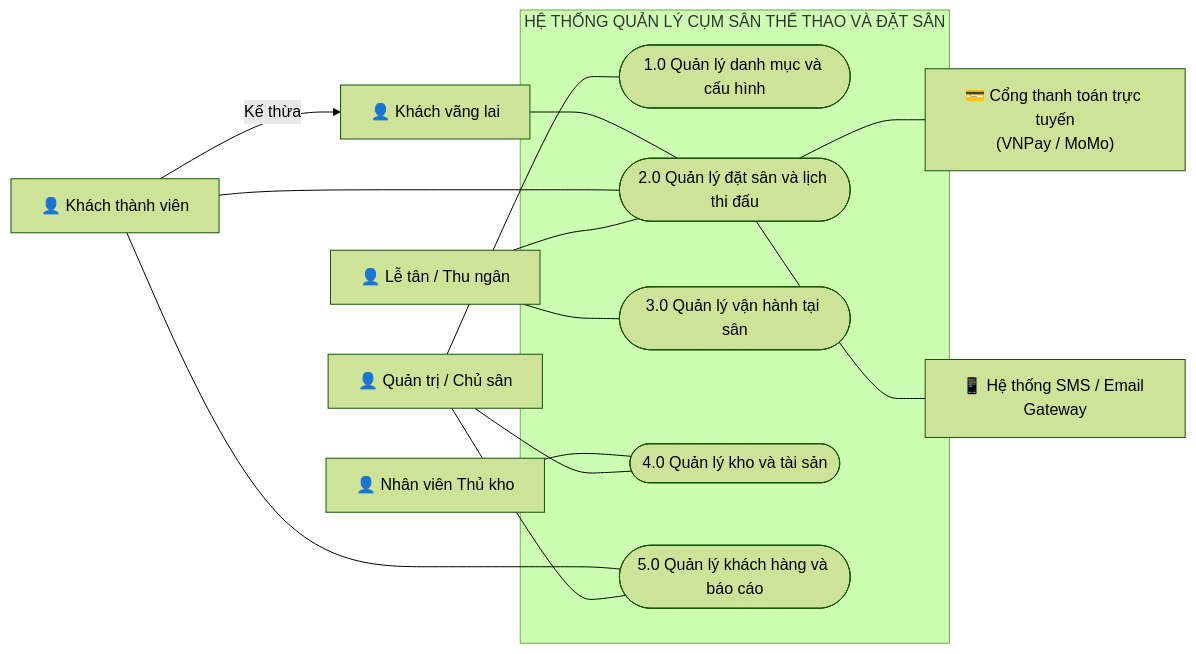
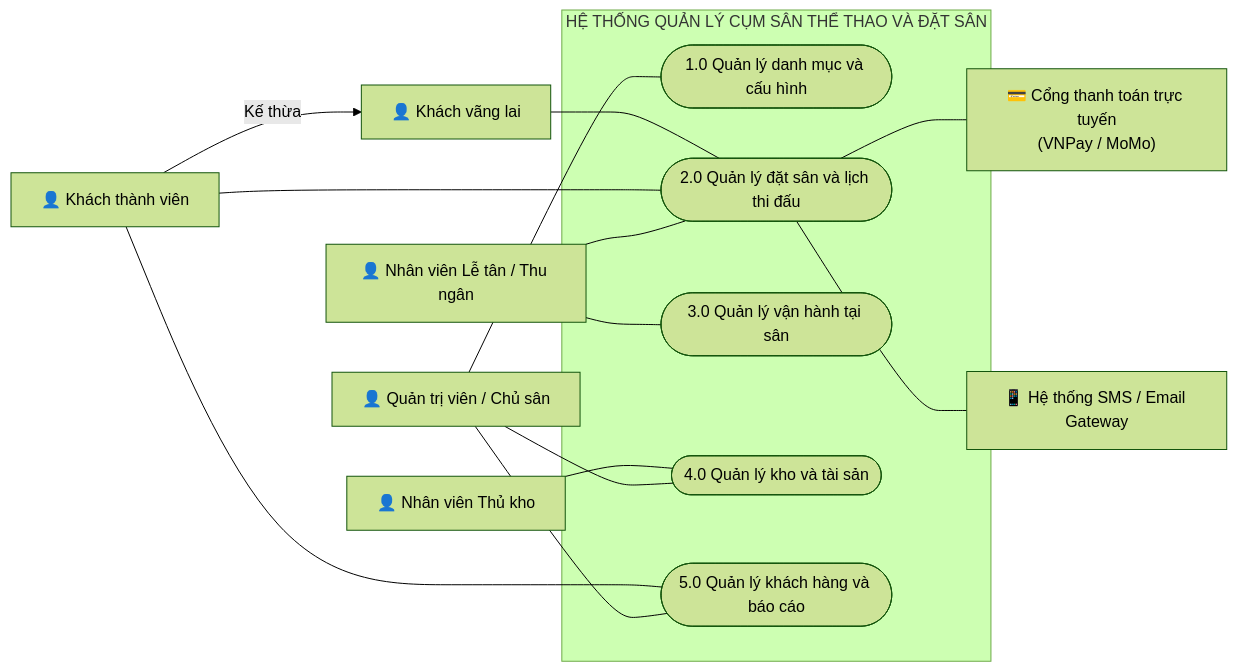
The second of 7 diagrams in BTH/BTH3_UsecaseDiagram/BTH3_UsecaseDiagram.md (nphat-code/DoAn-OOAD-SGU), drawn with Mermaid (forest theme) before and after one commit. The commit also changed other lines of this file and 1 other file, not shown here.

Commit message:
fix(bth3): dong bo thong nhat Nhan vien Le tan / Thu ngan (Receptionist / Cashier) tren Drawio va Markdown

````diff
--- a/BTH/BTH3_UsecaseDiagram/BTH3_UsecaseDiagram.md
+++ b/BTH/BTH3_UsecaseDiagram/BTH3_UsecaseDiagram.md
@@ -49,43 +49,43 @@
 ```mermaid
 flowchart LR
     %% Actors
     ActorGuest["👤 Khách vãng lai"]
     ActorCustomer["👤 Khách thành viên"]
-    ActorStaff["👤 Lễ tân / Thu ngân"]
+    ActorStaff["👤 Nhân viên Lễ tân / Thu ngân"]
     ActorWarehouse["👤 Nhân viên Thủ kho"]
-    ActorAdmin["👤 Quản trị / Chủ sân"]
+    ActorAdmin["👤 Quản trị viên / Chủ sân"]
 
     %% External System Actors
     ActorPayment["💳 Cổng thanh toán trực tuyến<br>(VNPay / MoMo)"]
     ActorNotify["📱 Hệ thống SMS / Email Gateway"]
 
     %% System Boundary bao trùm toàn bộ các Use Case
     subgraph System ["HỆ THỐNG QUẢN LÝ CỤM SÂN THỂ THAO VÀ ĐẶT SÂN"]
         UC1(["1.0 Quản lý danh mục và cấu hình"])
         UC2(["2.0 Quản lý đặt sân và lịch thi đấu"])
         UC3(["3.0 Quản lý vận hành tại sân"])
         UC4(["4.0 Quản lý kho và tài sản"])
         UC5(["5.0 Quản lý khách hàng và báo cáo"])
     end
 
     %% Actor Inheritance
     ActorCustomer -->|Kế thừa| ActorGuest
 
     %% Connections từ Actor vào Use Case
     ActorGuest --- UC2
     ActorCustomer --- UC2
     ActorCustomer --- UC5
 
     ActorStaff --- UC2
     ActorStaff --- UC3
 
     ActorWarehouse --- UC4
 
     ActorAdmin --- UC1
     ActorAdmin --- UC4
     ActorAdmin --- UC5
 
     %% Connections với Hệ thống ngoài
     UC2 --- ActorPayment
     UC2 --- ActorNotify
 ```
````
